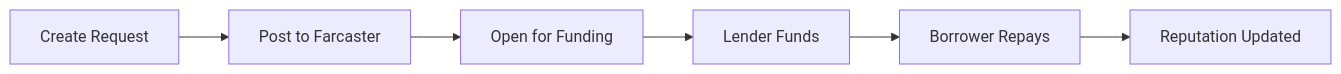
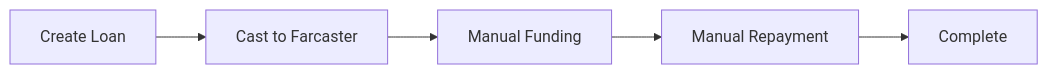
The diagram in README.md (brightseth/loancast), drawn with Mermaid before and after one commit. The commit also changed other lines of this file and 2 other files, not shown here.

````diff
--- a/README.md
+++ b/README.md
@@ -146,8 +125,7 @@
 ```mermaid
 graph LR
-    A[Create Request] --> B[Post to Farcaster]
-    B --> C[Open for Funding]
-    C --> D[Lender Funds]
-    D --> E[Borrower Repays]
-    E --> F[Reputation Updated]
+    A[Create Loan] --> B[Cast to Farcaster]
+    B --> C[Manual Funding]
+    C --> D[Manual Repayment]
+    D --> E[Complete]
 ```
````
